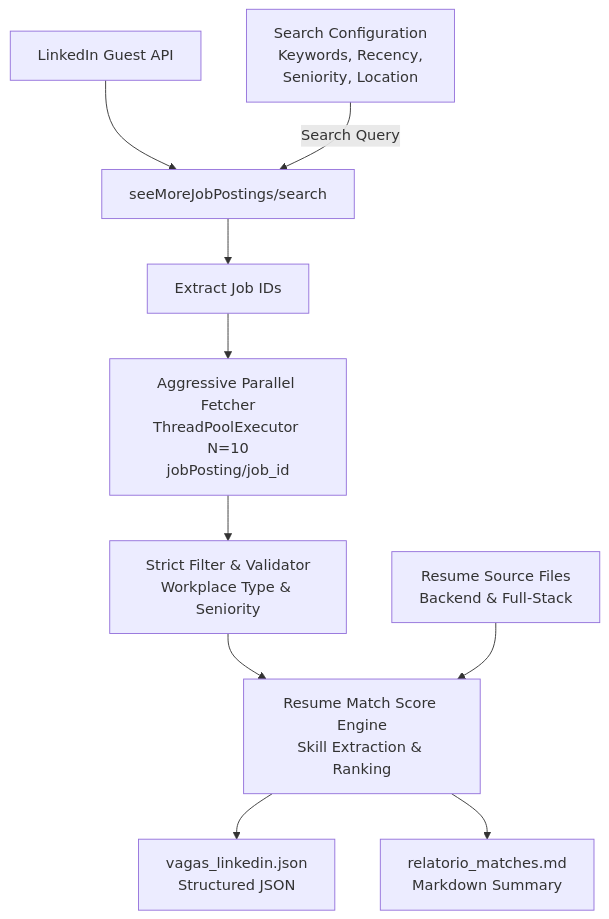
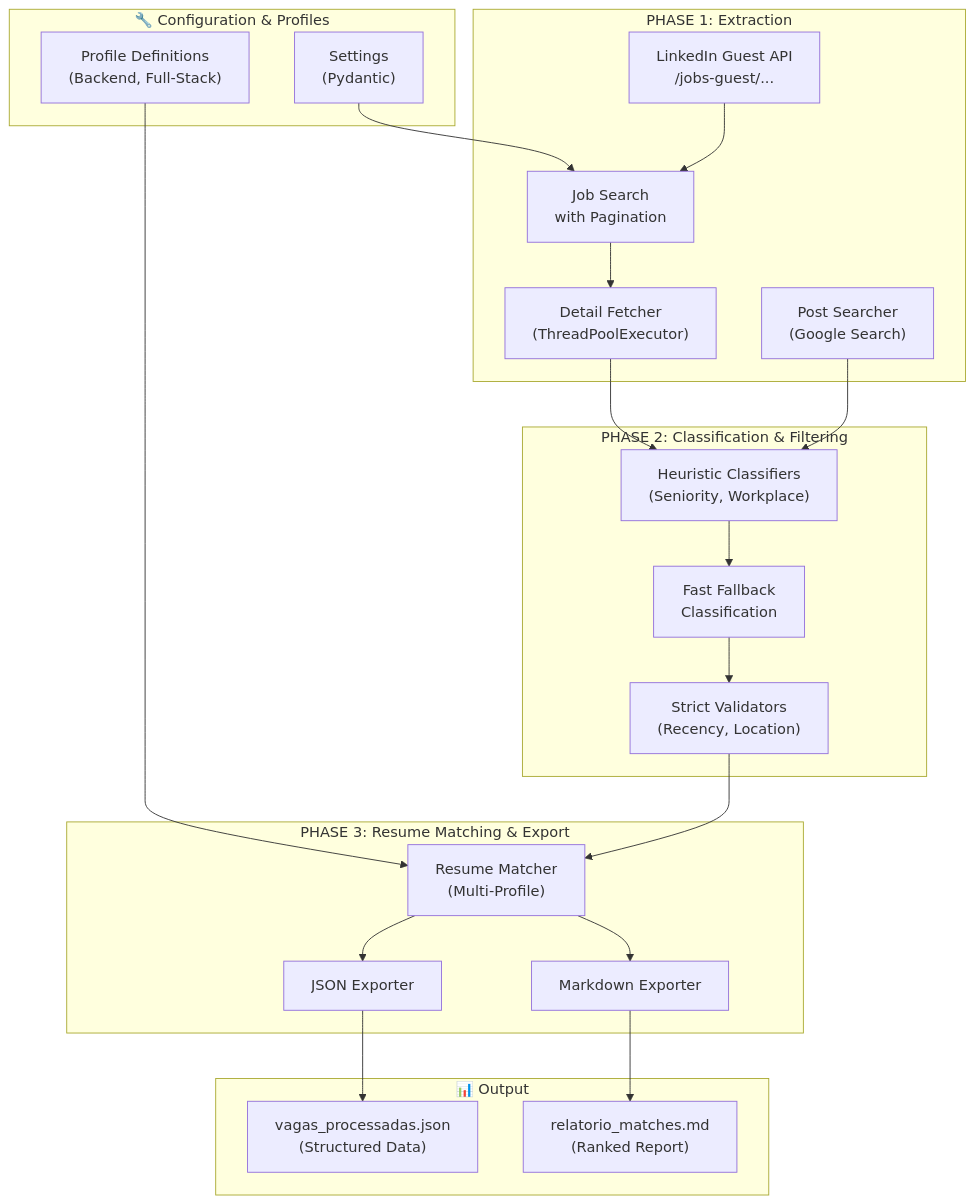
One commit to msb7-jpg/job-search changed the diagram in README.md. Above: the diagram before and after it, drawn with Mermaid. The commit also changed other lines of this file, not shown here.

````diff
--- a/README.md
+++ b/README.md
@@ -26,12 +30,45 @@
 ```mermaid
 graph TD
-    A["LinkedIn Guest API"] --> B["seeMoreJobPostings/search"]
-    C["Search Configuration<br/>Keywords, Recency,<br/>Seniority, Location"] -->|Search Query| B
-    B --> D["Extract Job IDs"]
-    D --> E["Aggressive Parallel Fetcher<br/>ThreadPoolExecutor N=10<br/>jobPosting/job_id"]
-    E --> F["Strict Filter & Validator<br/>Workplace Type & Seniority"]
-    F --> G["Resume Match Score Engine<br/>Skill Extraction & Ranking"]
-    H["Resume Source Files<br/>Backend & Full-Stack"] --> G
-    G --> I["vagas_linkedin.json<br/>Structured JSON"]
-    G --> J["relatorio_matches.md<br/>Markdown Summary"]
+    subgraph Settings["🔧 Configuration & Profiles"]
+        A["Settings<br/>(Pydantic)"]
+        B["Profile Definitions<br/>(Backend, Full-Stack)"]
+    end
+    
+    subgraph Extraction["PHASE 1: Extraction"]
+        C["LinkedIn Guest API<br/>/jobs-guest/..."]
+        D["Job Search<br/>with Pagination"]
+        E["Detail Fetcher<br/>(ThreadPoolExecutor)"]
+        F["Post Searcher<br/>(Google Search)"]
+    end
+    
+    subgraph Classification["PHASE 2: Classification & Filtering"]
+        G["Heuristic Classifiers<br/>(Seniority, Workplace)"]
+        H["Fast Fallback<br/>Classification"]
+        I["Strict Validators<br/>(Recency, Location)"]
+    end
+    
+    subgraph Matching["PHASE 3: Resume Matching & Export"]
+        J["Resume Matcher<br/>(Multi-Profile)"]
+        K["JSON Exporter"]
+        L["Markdown Exporter"]
+    end
+    
+    subgraph Output["📊 Output"]
+        M["vagas_processadas.json<br/>(Structured Data)"]
+        N["relatorio_matches.md<br/>(Ranked Report)"]
+    end
+    
+    A --> D
+    B --> J
+    C --> D
+    D --> E
+    E --> G
+    F --> G
+    G --> H
+    H --> I
+    I --> J
+    J --> K
+    J --> L
+    K --> M
+    L --> N
 ```
````
